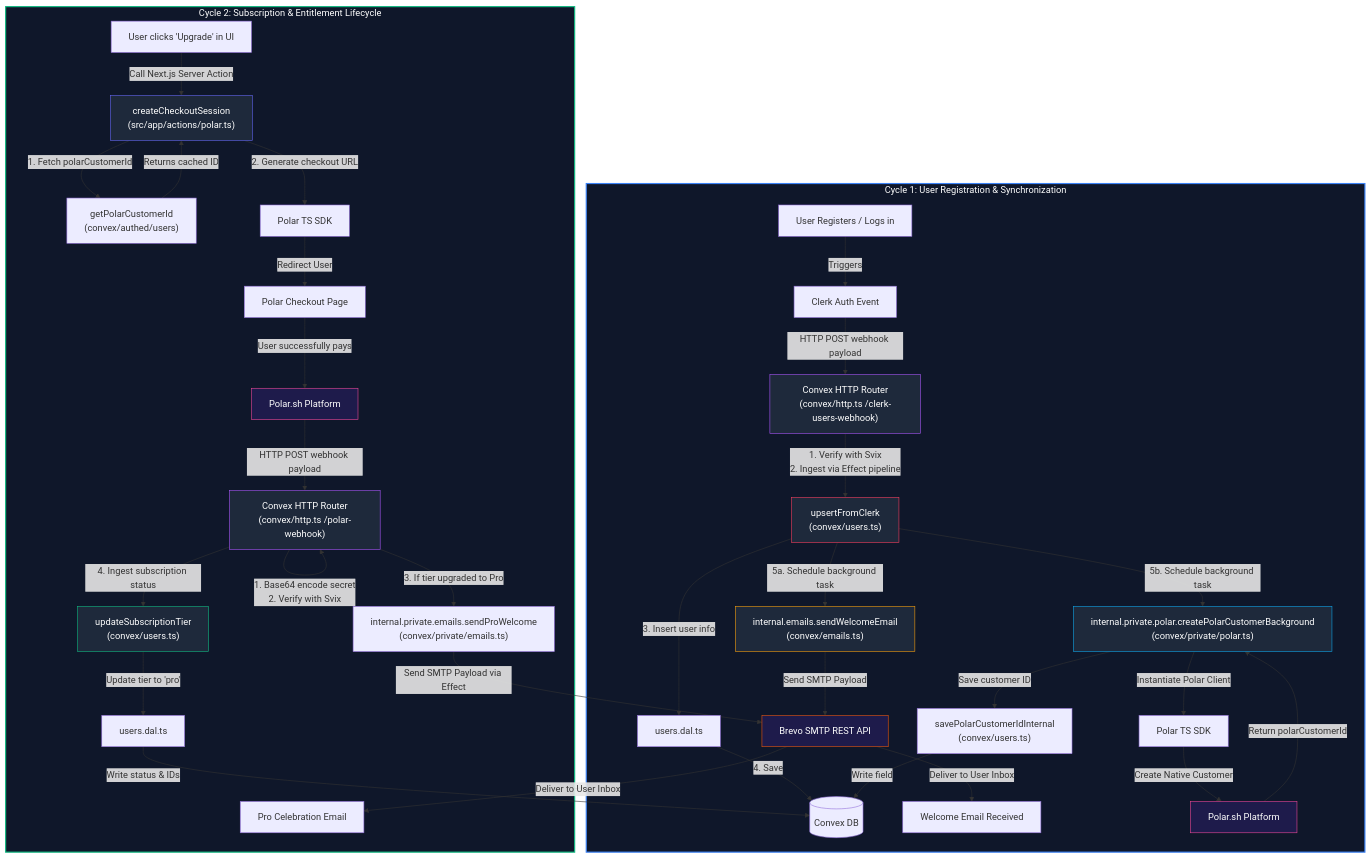
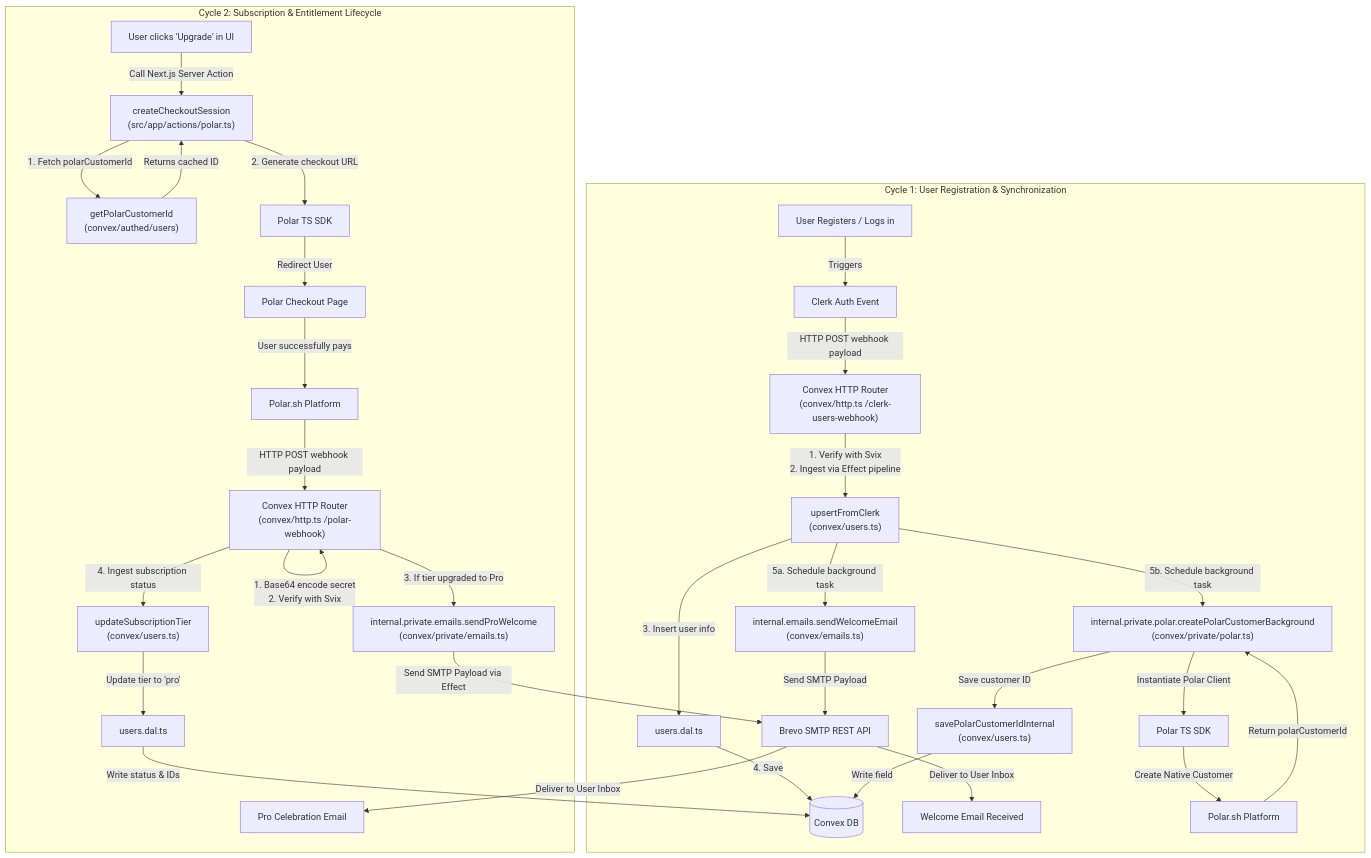
The second of 2 diagrams in README.md (itsyasirkhandev/promptamist-rebuild), drawn with Mermaid before and after one commit. The commit also changed other lines of this file, not shown here.

Commit message:
fix the mermaid syntax

````diff
--- a/README.md
+++ b/README.md
@@ -86,56 +73,42 @@
 ```mermaid
 flowchart TD
     subgraph UserSync ["Cycle 1: User Registration & Synchronization"]
         U1["User Registers / Logs in"] -->|Triggers| C1["Clerk Auth Event"]
-        C1 -->|HTTP POST webhook payload| Webhook["Convex HTTP Router\n(convex/http.ts /clerk-users-webhook)"]
-        Webhook -->|1. Verify with Svix\n2. Ingest via Effect pipeline| Upsert["upsertFromClerk\n(convex/users.ts)"]
+        C1 -->|HTTP POST webhook payload| Webhook["Convex HTTP Router<br>(convex/http.ts /clerk-users-webhook)"]
+        Webhook -->|1. Verify with Svix<br>2. Ingest via Effect pipeline| Upsert["upsertFromClerk<br>(convex/users.ts)"]
         Upsert -->|3. Insert user info| DAL_User["users.dal.ts"]
         DAL_User -->|4. Save| ConvexDB[(Convex DB)]
 
         %% Asynchronous Scheduler Flows
-        Upsert -->|5a. Schedule background task| EmailAction["internal.emails.sendWelcomeEmail\n(convex/emails.ts)"]
+        Upsert -->|5a. Schedule background task| EmailAction["internal.emails.sendWelcomeEmail<br>(convex/emails.ts)"]
         EmailAction -->|Send SMTP Payload| Brevo["Brevo SMTP REST API"]
         Brevo -->|Deliver to User Inbox| WelcomeEmail["Welcome Email Received"]
 
-        Upsert -->|5b. Schedule background task| PolarAction["internal.private.polar.createPolarCustomerBackground\n(convex/private/polar.ts)"]
+        Upsert -->|5b. Schedule background task| PolarAction["internal.private.polar.createPolarCustomerBackground<br>(convex/private/polar.ts)"]
         PolarAction -->|Instantiate Polar Client| PolarSDK["Polar TS SDK"]
         PolarSDK -->|Create Native Customer| PolarPlatform["Polar.sh Platform"]
         PolarPlatform -->|Return polarCustomerId| PolarAction
-        PolarAction -->|Save customer ID| SavePolarId["savePolarCustomerIdInternal\n(convex/users.ts)"]
+        PolarAction -->|Save customer ID| SavePolarId["savePolarCustomerIdInternal<br>(convex/users.ts)"]
         SavePolarId -->|Write field| ConvexDB
     end
 
     subgraph SubBilling ["Cycle 2: Subscription & Entitlement Lifecycle"]
-        P1["User clicks 'Upgrade' in UI"] -->|Call Next.js Server Action| SA["createCheckoutSession\n(src/app/actions/polar.ts)"]
-        SA -->|1. Fetch polarCustomerId| QueryCustomer["getPolarCustomerId\n(convex/authed/users)"]
+        P1["User clicks 'Upgrade' in UI"] -->|Call Next.js Server Action| SA["createCheckoutSession<br>(src/app/actions/polar.ts)"]
+        SA -->|1. Fetch polarCustomerId| QueryCustomer["getPolarCustomerId<br>(convex/authed/users)"]
         QueryCustomer -->|Returns cached ID| SA
         SA -->|2. Generate checkout URL| PolarSDK2["Polar TS SDK"]
         PolarSDK2 -->|Redirect User| CheckoutPage["Polar Checkout Page"]
         CheckoutPage -->|User successfully pays| PolarPlatform2["Polar.sh Platform"]
 
-        PolarPlatform2 -->|HTTP POST webhook payload| PolarWebhook["Convex HTTP Router\n(convex/http.ts /polar-webhook)"]
-        PolarWebhook -->|1. Base64 encode secret\n2. Verify with Svix| PolarWebhook
+        PolarPlatform2 -->|HTTP POST webhook payload| PolarWebhook["Convex HTTP Router<br>(convex/http.ts /polar-webhook)"]
+        PolarWebhook -->|1. Base64 encode secret<br>2. Verify with Svix| PolarWebhook
 
-        PolarWebhook -->|3. If tier upgraded to Pro| ProEmail["internal.private.emails.sendProWelcome\n(convex/private/emails.ts)"]
+        PolarWebhook -->|3. If tier upgraded to Pro| ProEmail["internal.private.emails.sendProWelcome<br>(convex/private/emails.ts)"]
         ProEmail -->|Send SMTP Payload via Effect| Brevo
         Brevo -->|Deliver to User Inbox| ProWelcomeEmail["Pro Celebration Email"]
 
-        PolarWebhook -->|4. Ingest subscription status| UpdateSub["updateSubscriptionTier\n(convex/users.ts)"]
+        PolarWebhook -->|4. Ingest subscription status| UpdateSub["updateSubscriptionTier<br>(convex/users.ts)"]
         UpdateSub -->|Update tier to 'pro'| DAL_Sub["users.dal.ts"]
         DAL_Sub -->|Write status & IDs| ConvexDB
     end
-
-    %% Styles for Cycle 1 & 2
-    style UserSync fill:#0f172a,stroke:#3b82f6,stroke-width:2px,color:#fff
-    style SubBilling fill:#0f172a,stroke:#10b981,stroke-width:2px,color:#fff
-    style Webhook fill:#1e293b,stroke:#a855f7,color:#fff
-    style Upsert fill:#1e293b,stroke:#f43f5e,color:#fff
-    style EmailAction fill:#1e293b,stroke:#f59e0b,color:#fff
-    style PolarAction fill:#1e293b,stroke:#0ea5e9,color:#fff
-    style SA fill:#1e293b,stroke:#6366f1,color:#fff
-    style PolarWebhook fill:#1e293b,stroke:#a855f7,color:#fff
-    style UpdateSub fill:#1e293b,stroke:#10b981,color:#fff
-    style Brevo fill:#1e1b4b,stroke:#ea580c,color:#fff
-    style PolarPlatform fill:#1e1b4b,stroke:#ec4899,color:#fff
-    style PolarPlatform2 fill:#1e1b4b,stroke:#ec4899,color:#fff
 ```
````
